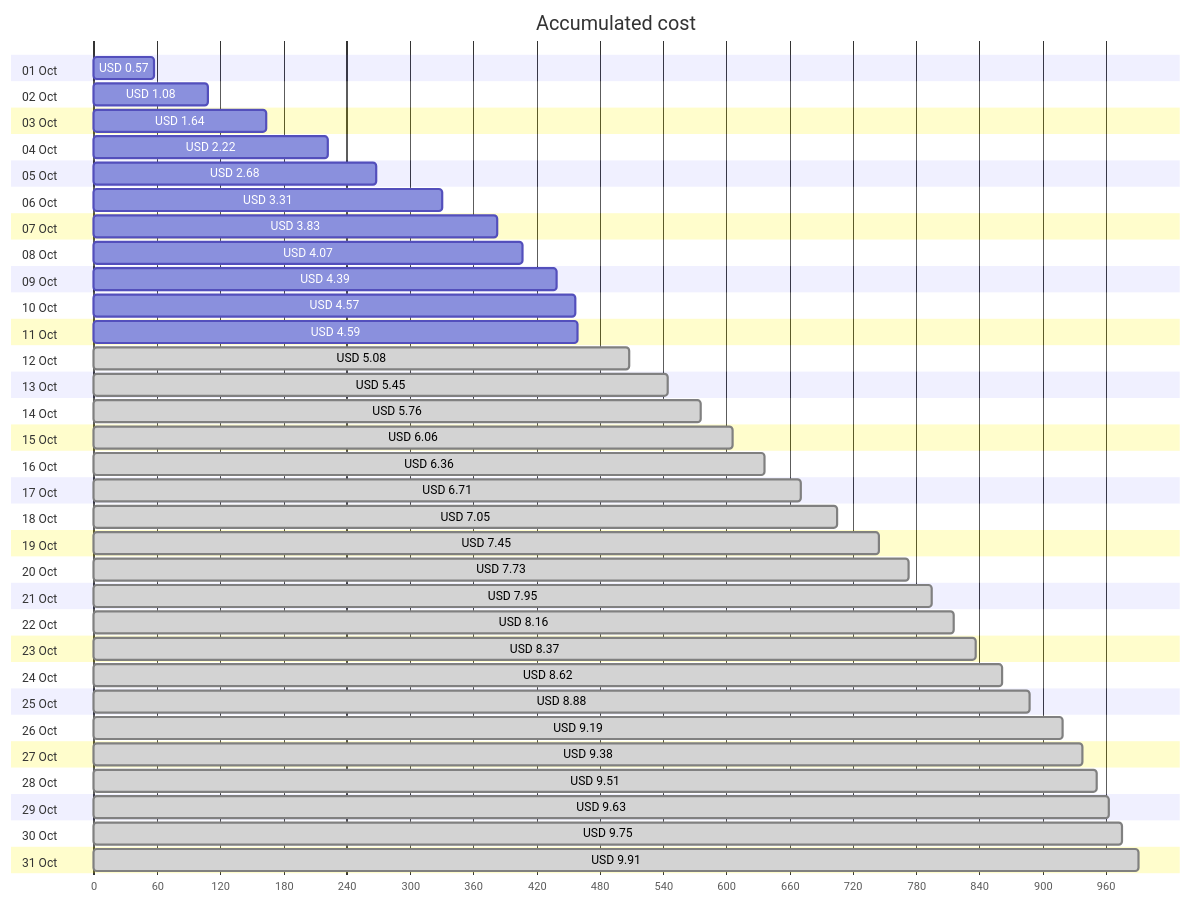
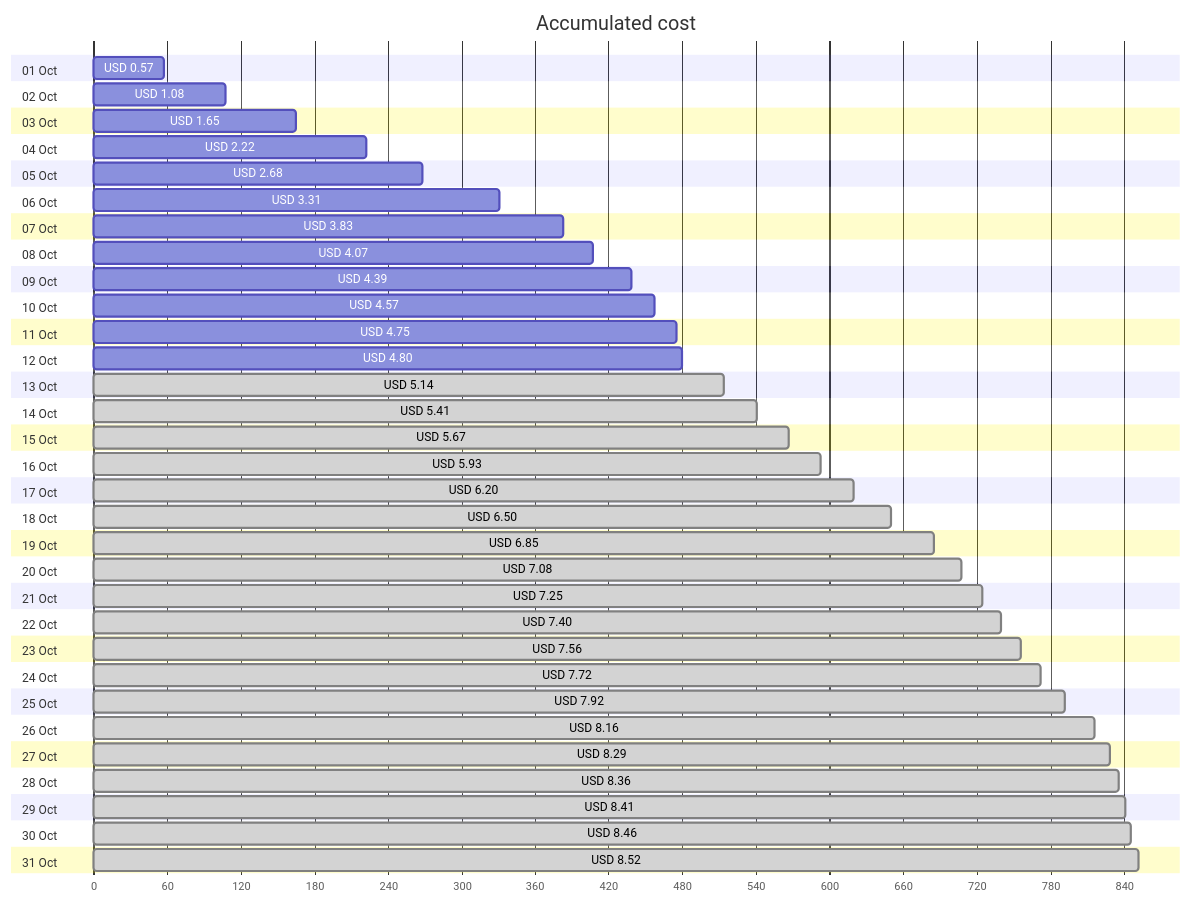
The first of 4 diagrams in cost-reports/personal-network/vpn-server.md (jpfulton/azure-personal-reports), drawn with Mermaid before and after one commit. The commit also changed other lines of this file and 8 other files, not shown here.

````diff
--- a/cost-reports/personal-network/vpn-server.md
+++ b/cost-reports/personal-network/vpn-server.md
@@ -20,68 +20,68 @@
 ```mermaid
 gantt
    title Accumulated cost
    dateFormat  X
    axisFormat %s
    section 01 Oct
    USD 0.57 :0, 57
    section 02 Oct
    USD 1.08 :0, 108
    section 03 Oct
-   USD 1.64 :0, 164
+   USD 1.65 :0, 165
    section 04 Oct
    USD 2.22 :0, 222
    section 05 Oct
    USD 2.68 :0, 268
    section 06 Oct
    USD 3.31 :0, 331
    section 07 Oct
    USD 3.83 :0, 383
    section 08 Oct
    USD 4.07 :0, 407
    section 09 Oct
    USD 4.39 :0, 439
    section 10 Oct
    USD 4.57 :0, 457
    section 11 Oct
-   USD 4.59 :0, 459
+   USD 4.75 :0, 475
    section 12 Oct
-   USD 5.08 : done, 0, 508
+   USD 4.80 :0, 480
    section 13 Oct
-   USD 5.45 : done, 0, 545
+   USD 5.14 : done, 0, 514
    section 14 Oct
-   USD 5.76 : done, 0, 576
+   USD 5.41 : done, 0, 541
    section 15 Oct
-   USD 6.06 : done, 0, 606
+   USD 5.67 : done, 0, 567
    section 16 Oct
-   USD 6.36 : done, 0, 636
+   USD 5.93 : done, 0, 593
    section 17 Oct
-   USD 6.71 : done, 0, 671
+   USD 6.20 : done, 0, 620
    section 18 Oct
-   USD 7.05 : done, 0, 705
+   USD 6.50 : done, 0, 650
    section 19 Oct
-   USD 7.45 : done, 0, 745
+   USD 6.85 : done, 0, 685
    section 20 Oct
-   USD 7.73 : done, 0, 773
+   USD 7.08 : done, 0, 708
    section 21 Oct
-   USD 7.95 : done, 0, 795
+   USD 7.25 : done, 0, 725
    section 22 Oct
+   USD 7.40 : done, 0, 740
+   section 23 Oct
+   USD 7.56 : done, 0, 756
+   section 24 Oct
+   USD 7.72 : done, 0, 772
+   section 25 Oct
+   USD 7.92 : done, 0, 792
+   section 26 Oct
    USD 8.16 : done, 0, 816
-   section 23 Oct
-   USD 8.37 : done, 0, 837
-   section 24 Oct
-   USD 8.62 : done, 0, 862
-   section 25 Oct
-   USD 8.88 : done, 0, 888
-   section 26 Oct
-   USD 9.19 : done, 0, 919
    section 27 Oct
-   USD 9.38 : done, 0, 938
+   USD 8.29 : done, 0, 829
    section 28 Oct
-   USD 9.51 : done, 0, 951
+   USD 8.36 : done, 0, 836
    section 29 Oct
-   USD 9.63 : done, 0, 963
+   USD 8.41 : done, 0, 841
    section 30 Oct
-   USD 9.75 : done, 0, 975
+   USD 8.46 : done, 0, 846
    section 31 Oct
-   USD 9.91 : done, 0, 991
+   USD 8.52 : done, 0, 852
 ```
````
